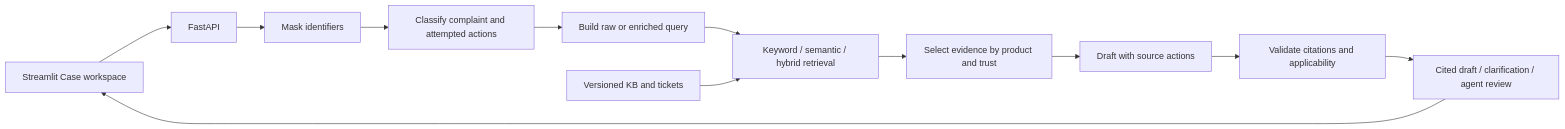
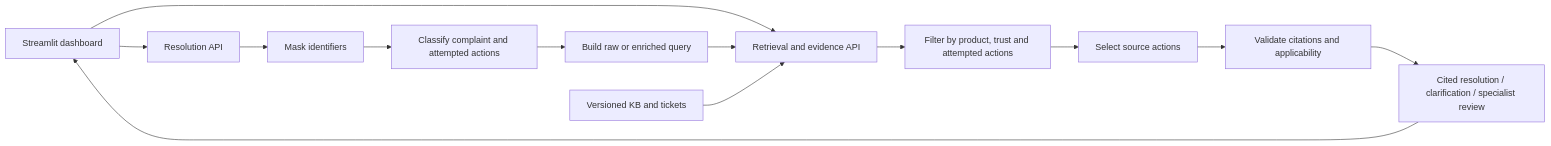
Before and after one commit to TejaswiniG06/TeleAssist-prodapt: the diagram in README.md, drawn with Mermaid. The commit also changed other lines of this file and 17 other files, not shown here.

Commit message:
Document setup, architecture and evaluation results

````diff
--- a/README.md
+++ b/README.md
@@ -50,14 +52,15 @@
 ```mermaid
 flowchart LR
-    UI[Streamlit Case workspace] --> API[FastAPI]
-    API --> Mask[Mask identifiers]
+    UI[Streamlit dashboard] --> Resolution[Resolution API]
+    UI --> Retrieval[Retrieval and evidence API]
+    Resolution --> Mask[Mask identifiers]
     Mask --> Classify[Classify complaint and attempted actions]
     Classify --> Query[Build raw or enriched query]
-    Query --> Retrieve[Keyword / semantic / hybrid retrieval]
-    Evidence[Versioned KB and tickets] --> Retrieve
-    Retrieve --> Select[Select evidence by product and trust]
-    Select --> Draft[Draft with source actions]
-    Draft --> Check[Validate citations and applicability]
-    Check --> Result[Cited draft / clarification / agent review]
+    Query --> Retrieval
+    Evidence[Versioned KB and tickets] --> Retrieval
+    Retrieval --> Select[Filter by product, trust and attempted actions]
+    Select --> Steps[Select source actions]
+    Steps --> Check[Validate citations and applicability]
+    Check --> Result[Cited resolution / clarification / specialist review]
     Result --> UI
 ```
````
